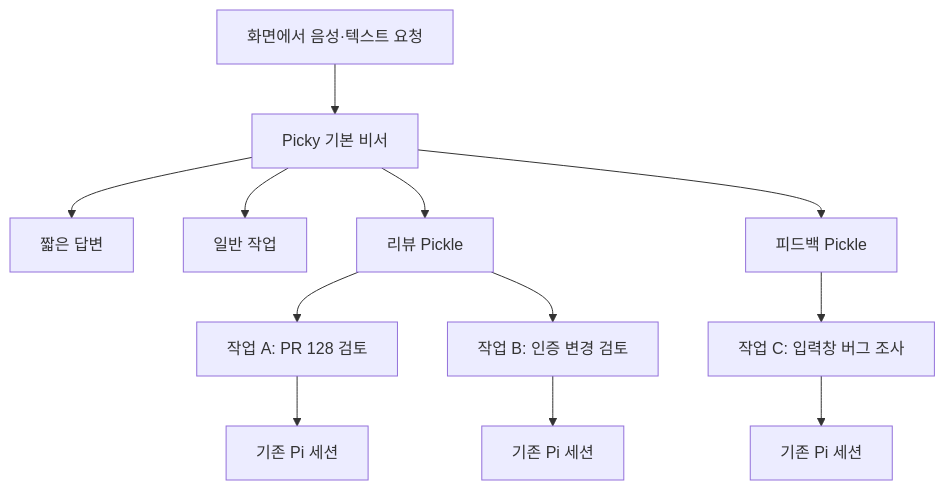
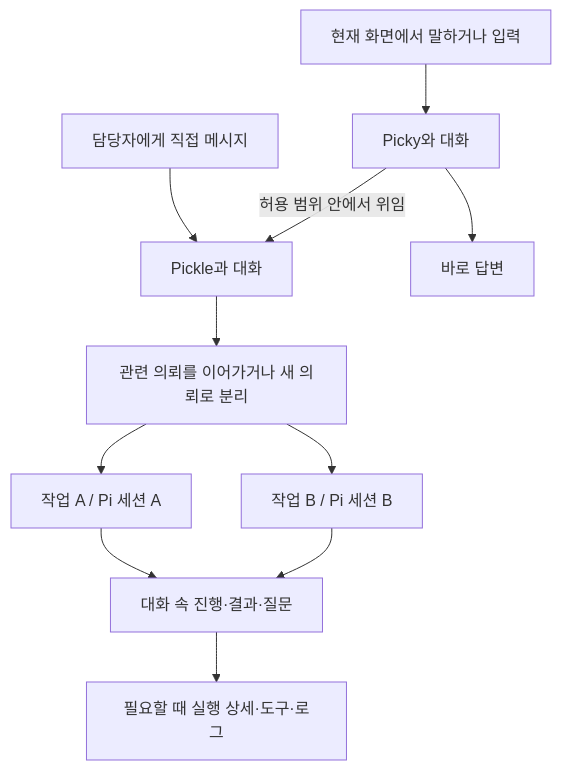
One commit to Jonghakseo/picky changed the diagram in docs/picky-pickle-bot-mvp-prd.md. Above: the diagram before and after it, drawn with Mermaid. The commit also changed other lines of this file, not shown here.

````diff
--- a/docs/picky-pickle-bot-mvp-prd.md
+++ b/docs/picky-pickle-bot-mvp-prd.md
@@ -61,14 +75,13 @@
 ```mermaid
 flowchart TD
-    Input[화면에서 음성·텍스트 요청] --> Picky[Picky 기본 비서]
-    Picky --> Quick[짧은 답변]
-    Picky --> General[일반 작업]
-    Picky --> Review[리뷰 Pickle]
-    Picky --> Feedback[피드백 Pickle]
-    Review --> WorkA[작업 A: PR 128 검토]
-    Review --> WorkB[작업 B: 인증 변경 검토]
-    Feedback --> WorkC[작업 C: 입력창 버그 조사]
-    WorkA --> SessionA[기존 Pi 세션]
-    WorkB --> SessionB[기존 Pi 세션]
-    WorkC --> SessionC[기존 Pi 세션]
+    Input[현재 화면에서 말하거나 입력] --> Picky[Picky와 대화]
+    Direct[담당자에게 직접 메시지] --> Pickle[Pickle과 대화]
+    Picky --> Quick[바로 답변]
+    Picky -->|허용 범위 안에서 위임| Pickle
+    Pickle --> Resolve[관련 의뢰를 이어가거나 새 의뢰로 분리]
+    Resolve --> WorkA[작업 A / Pi 세션 A]
+    Resolve --> WorkB[작업 B / Pi 세션 B]
+    WorkA --> Timeline[대화 속 진행·결과·질문]
+    WorkB --> Timeline
+    Timeline --> Detail[필요할 때 실행 상세·도구·로그]
 ```
````
